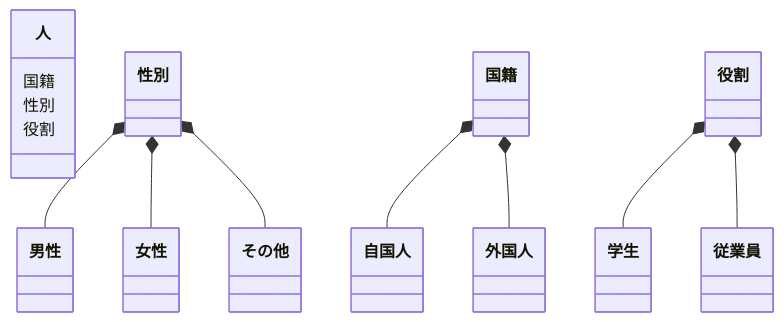
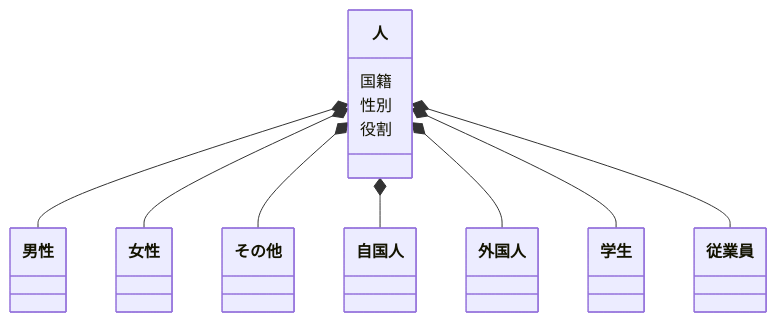
Before and after one commit to tpu-game-2022/mermaid_test: the second of 2 diagrams in README.md, drawn with Mermaid.

Commit message:
クラス図更新01

````diff
--- a/README.md
+++ b/README.md
@@ -55,14 +55,14 @@
 ```mermaid
   classDiagram
   人:国籍
   人:性別
   人:役割
-  性別 *-- 男性
-  性別 *-- 女性
-  性別 *-- その他
-  国籍 *-- 自国人
-  国籍 *-- 外国人
-  役割 *-- 学生
-  役割 *-- 従業員
+  人 *-- 男性
+  人 *-- 女性
+  人 *-- その他
+  人 *-- 自国人
+  人 *-- 外国人
+  人 *-- 学生
+  人 *-- 従業員
 
 ```
````
